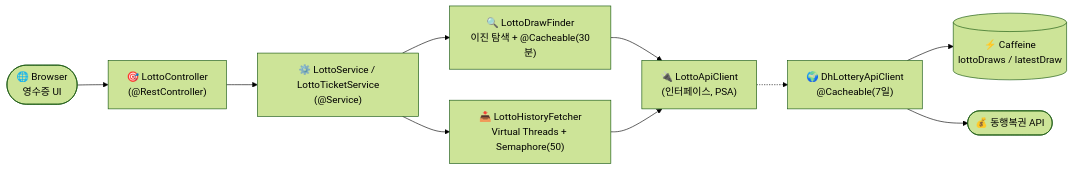
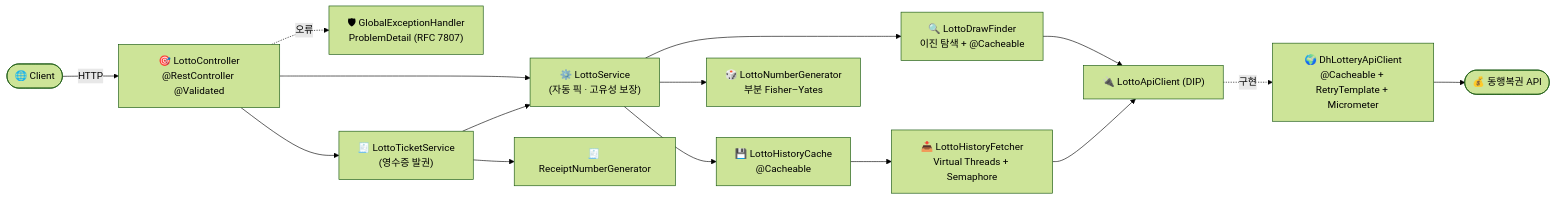
The diagram in README.md (portuna85/kraft_lotto), drawn with Mermaid (forest theme) before and after one commit. The commit also changed other lines of this file, not shown here.

````diff
--- a/README.md
+++ b/README.md
@@ -86,21 +94,31 @@
 ```mermaid
 flowchart LR
-    Browser([🌐 Browser\n영수증 UI])
-    Controller["🎯 LottoController\n(@RestController)"]
-    Service["⚙️ LottoService / LottoTicketService\n(@Service)"]
-    Finder["🔍 LottoDrawFinder\n이진 탐색 + @Cacheable(30분)"]
-    Fetcher["📥 LottoHistoryFetcher\nVirtual Threads + Semaphore(50)"]
-    ApiClient["🔌 LottoApiClient\n(인터페이스, PSA)"]
-    Impl["🌍 DhLotteryApiClient\n@Cacheable(7일)"]
-    Cache[("⚡ Caffeine\nlottoDraws / latestDraw")]
+    Client([🌐 Client])
+    Controller["🎯 LottoController<br/>@RestController @Validated"]
+    Advice["🛡 GlobalExceptionHandler<br/>ProblemDetail (RFC 7807)"]
+    LS["⚙️ LottoService<br/>(자동 픽 · 고유성 보장)"]
+    LTS["🧾 LottoTicketService<br/>(영수증 발권)"]
+    Finder["🔍 LottoDrawFinder<br/>이진 탐색 + @Cacheable"]
+    HistCache["💾 LottoHistoryCache<br/>@Cacheable"]
+    Fetcher["📥 LottoHistoryFetcher<br/>Virtual Threads + Semaphore"]
+    Gen["🎲 LottoNumberGenerator<br/>부분 Fisher–Yates"]
+    Receipt["🧾 ReceiptNumberGenerator"]
+    ApiClient["🔌 LottoApiClient (DIP)"]
+    Impl["🌍 DhLotteryApiClient<br/>@Cacheable + RetryTemplate + Micrometer"]
     Dh([💰 동행복권 API])
 
-    Browser --> Controller --> Service
-    Service --> Finder
-    Service --> Fetcher
+    Client -->|HTTP| Controller
+    Controller -.오류.-> Advice
+    Controller --> LS
+    Controller --> LTS
+    LTS --> LS
+    LTS --> Receipt
+    LS --> Finder
+    LS --> HistCache
+    LS --> Gen
+    HistCache --> Fetcher
     Finder --> ApiClient
     Fetcher --> ApiClient
-    ApiClient -.-> Impl
-    Impl --> Cache
+    ApiClient -.구현.-> Impl
     Impl --> Dh
 ```
````
